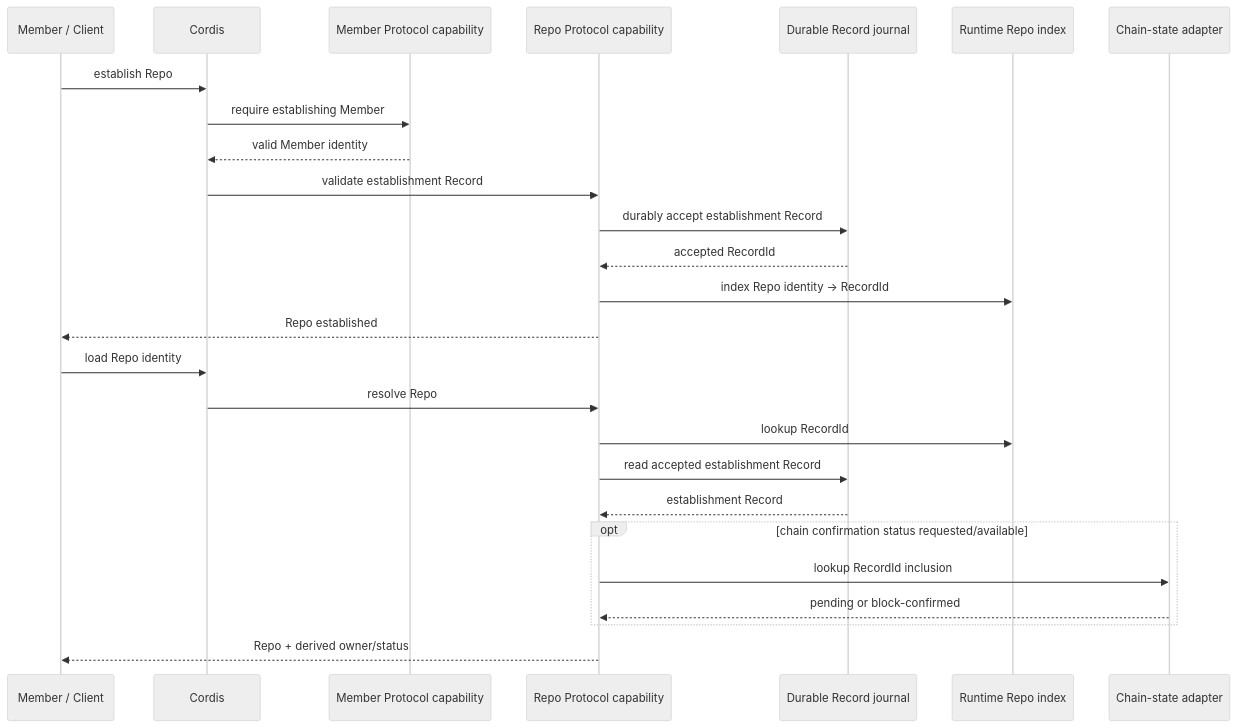
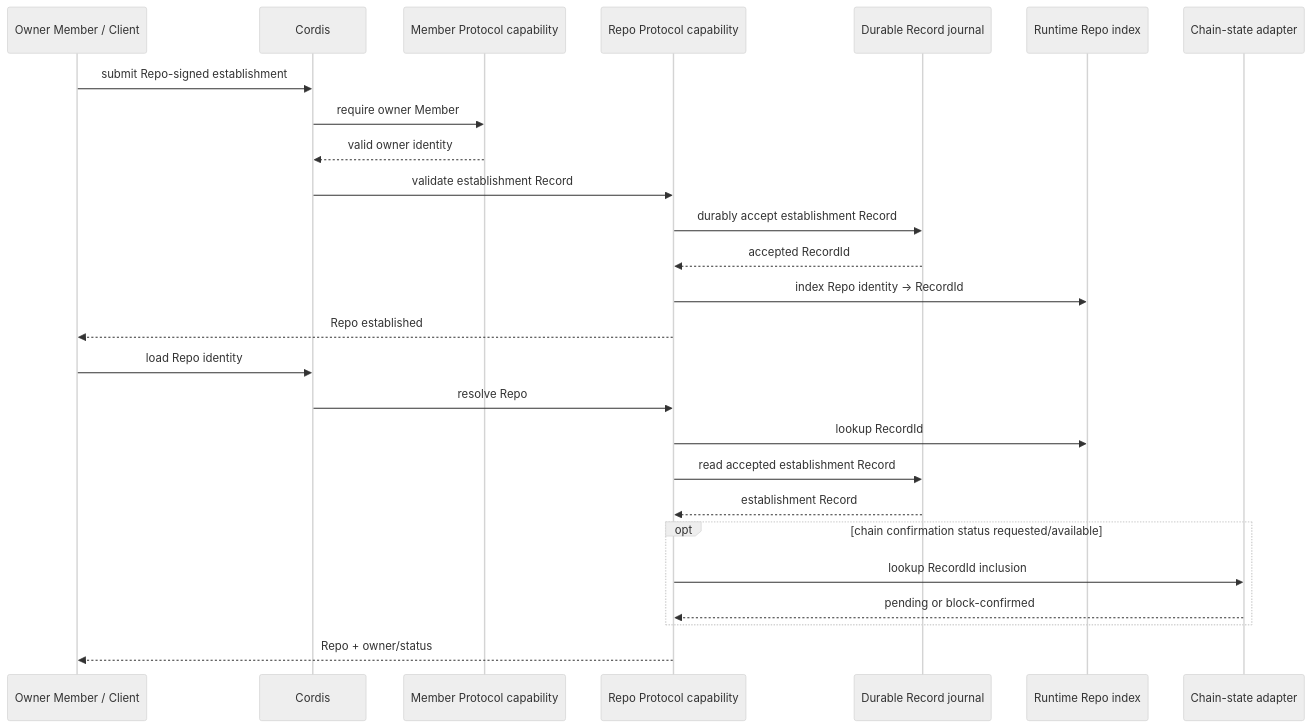
One commit to labourchain/repository changed the third of 5 diagrams in docs/architecture.md. Above: the diagram before and after it, drawn with Mermaid (neutral theme). The commit also changed other lines of this file, not shown here.

Commit message:
docs: align architecture with Repo self-signing and record-derived vroot

````diff
--- a/docs/architecture.md
+++ b/docs/architecture.md
@@ -272,30 +273,30 @@
 ```mermaid
 sequenceDiagram
-    participant Member as Member / Client
+    participant Owner as Owner Member / Client
     participant Cordis as Cordis
     participant MemberProtocol as Member Protocol capability
     participant Repo as Repo Protocol capability
     participant Journal as Durable Record journal
     participant Index as Runtime Repo index
     participant Chain as Chain-state adapter
 
-    Member->>Cordis: establish Repo
-    Cordis->>MemberProtocol: require establishing Member
-    MemberProtocol-->>Cordis: valid Member identity
+    Owner->>Cordis: submit Repo-signed establishment
+    Cordis->>MemberProtocol: require owner Member
+    MemberProtocol-->>Cordis: valid owner identity
     Cordis->>Repo: validate establishment Record
     Repo->>Journal: durably accept establishment Record
     Journal-->>Repo: accepted RecordId
     Repo->>Index: index Repo identity -> RecordId
-    Repo-->>Member: Repo established
+    Repo-->>Owner: Repo established
 
-    Member->>Cordis: load Repo identity
+    Owner->>Cordis: load Repo identity
     Cordis->>Repo: resolve Repo
     Repo->>Index: lookup RecordId
     Repo->>Journal: read accepted establishment Record
     Journal-->>Repo: establishment Record
     opt chain confirmation status requested/available
         Repo->>Chain: lookup RecordId inclusion
         Chain-->>Repo: pending or block-confirmed
     end
-    Repo-->>Member: Repo + derived owner/status
+    Repo-->>Owner: Repo + owner/status
 ```
````
